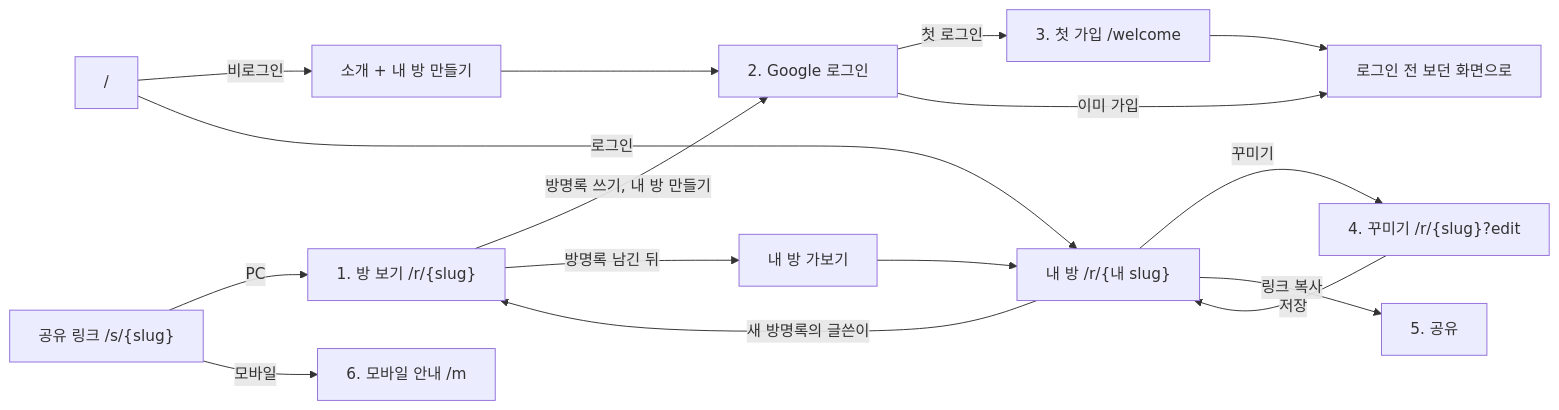
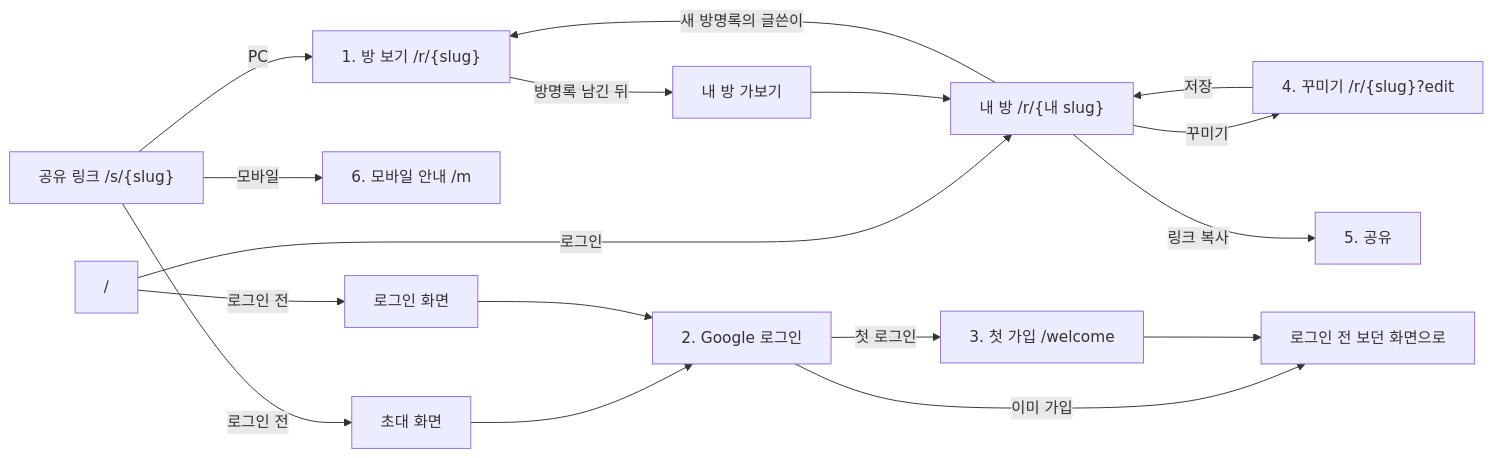
The diagram in docs/screens.md (MyeongHyeonCheol/miniroom), drawn with Mermaid before and after one commit. The commit also changed other lines of this file and 6 other files, not shown here.

````diff
--- a/docs/screens.md
+++ b/docs/screens.md
@@ -25,17 +26,17 @@
 ```mermaid
 flowchart LR
   share["공유 링크 /s/{slug}"] -->|PC| view["1. 방 보기 /r/{slug}"]
   share -->|모바일| mobile["6. 모바일 안내 /m"]
-  home["/"] -->|비로그인| intro["소개 + 내 방 만들기"]
+  home["/"] -->|로그인 전| intro["로그인 화면"]
   home -->|로그인| myroom["내 방 /r/{내 slug}"]
-  view -->|방명록 쓰기, 내 방 만들기| login["2. Google 로그인"]
+  share -->|로그인 전| invite["초대 화면"] --> login["2. Google 로그인"]
   intro --> login
   login -->|첫 로그인| welcome["3. 첫 가입 /welcome"]
   login -->|이미 가입| back["로그인 전 보던 화면으로"]
   welcome --> back
   myroom -->|꾸미기| edit["4. 꾸미기 /r/{slug}?edit"]
   edit -->|저장| myroom
   myroom -->|링크 복사| copy["5. 공유"]
   view -->|방명록 남긴 뒤| goMine["내 방 가보기"] --> myroom
   myroom -->|새 방명록의 글쓴이| view
 ```
````
